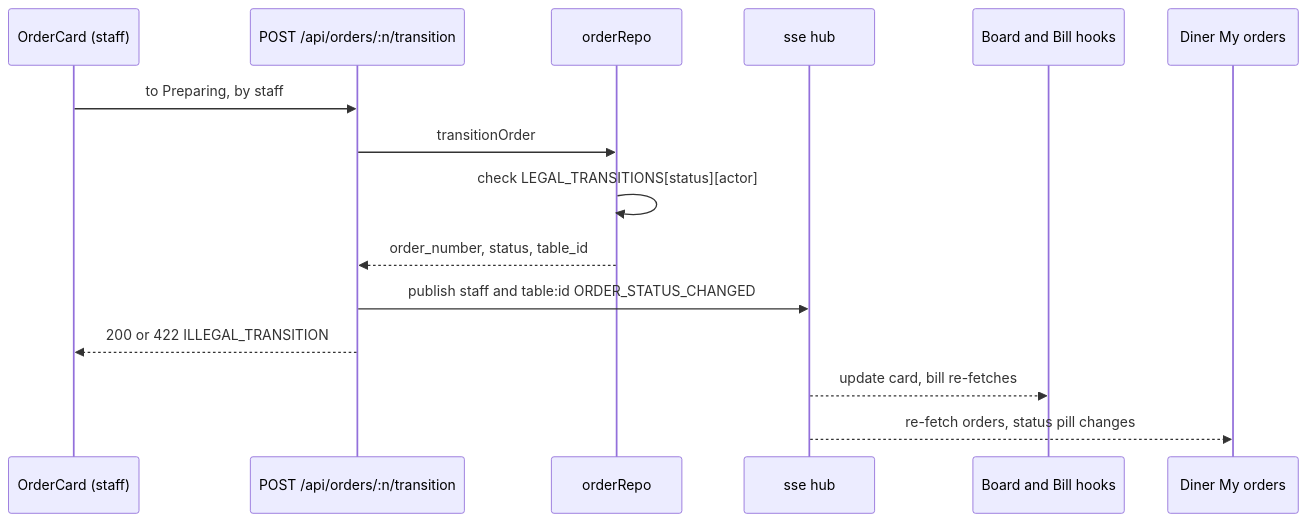
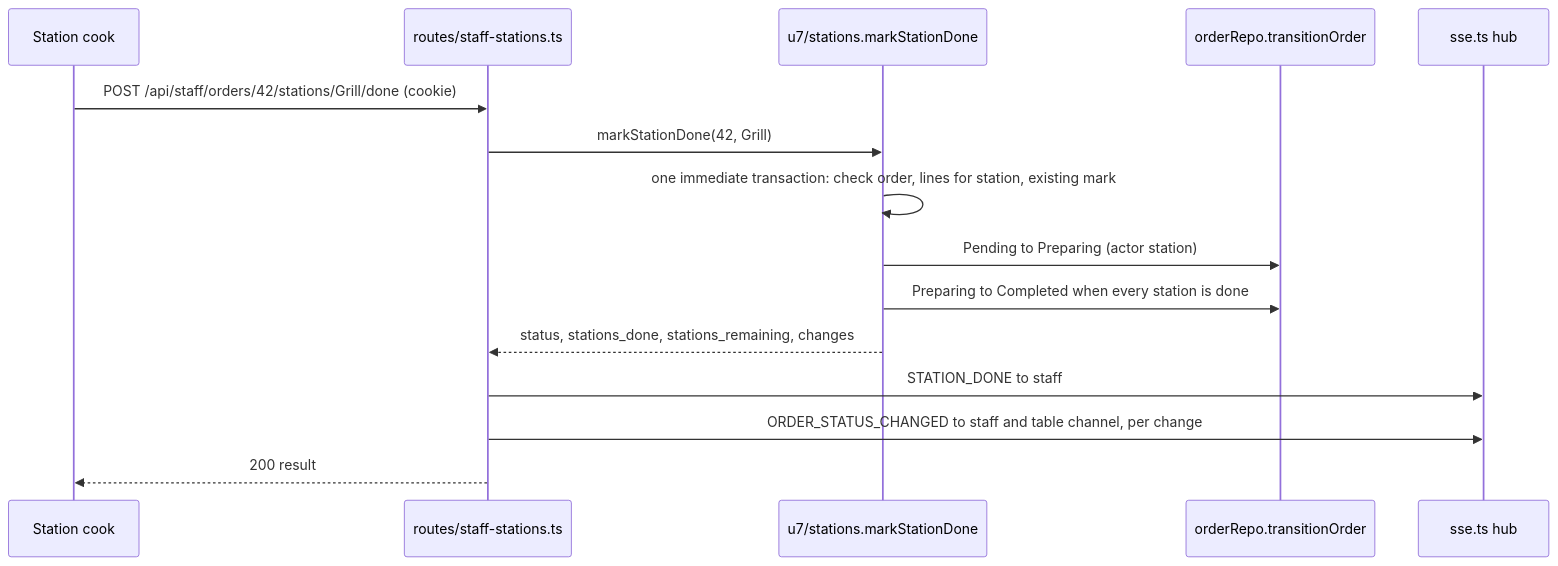
The third of 5 diagrams in aidlc/spaces/default/codekb/table-order/architecture.md (umaiss/restaurants_managment-), drawn with Mermaid before and after one commit. The commit also changed other lines of this file and 117 other files, not shown here.

````diff
--- a/aidlc/spaces/default/codekb/table-order/architecture.md
+++ b/aidlc/spaces/default/codekb/table-order/architecture.md
@@ -179,17 +127,17 @@
 ```mermaid
 sequenceDiagram
-  participant S as OrderCard (staff)
-  participant API as POST /api/orders/:n/transition
-  participant OR as orderRepo
-  participant HUB as sse hub
-  participant B as Board and Bill hooks
-  participant D as Diner My orders
-  S->>API: to Preparing, by staff
-  API->>OR: transitionOrder
-  OR->>OR: check LEGAL_TRANSITIONS[status][actor]
-  OR-->>API: order_number, status, table_id
-  API->>HUB: publish staff and table:id ORDER_STATUS_CHANGED
-  API-->>S: 200 or 422 ILLEGAL_TRANSITION
-  HUB-->>B: update card, bill re-fetches
-  HUB-->>D: re-fetch orders, status pill changes
+  participant S as Station cook
+  participant SR as routes/staff-stations.ts
+  participant ST as u7/stations.markStationDone
+  participant OR as orderRepo.transitionOrder
+  participant H as sse.ts hub
+  S->>SR: POST /api/staff/orders/42/stations/Grill/done (cookie)
+  SR->>ST: markStationDone(42, Grill)
+  ST->>ST: one immediate transaction: check order, lines for station, existing mark
+  ST->>OR: Pending to Preparing (actor station)
+  ST->>OR: Preparing to Completed when every station is done
+  ST-->>SR: status, stations_done, stations_remaining, changes
+  SR->>H: STATION_DONE to staff
+  SR->>H: ORDER_STATUS_CHANGED to staff and table channel, per change
+  SR-->>S: 200 result
 ```
````
